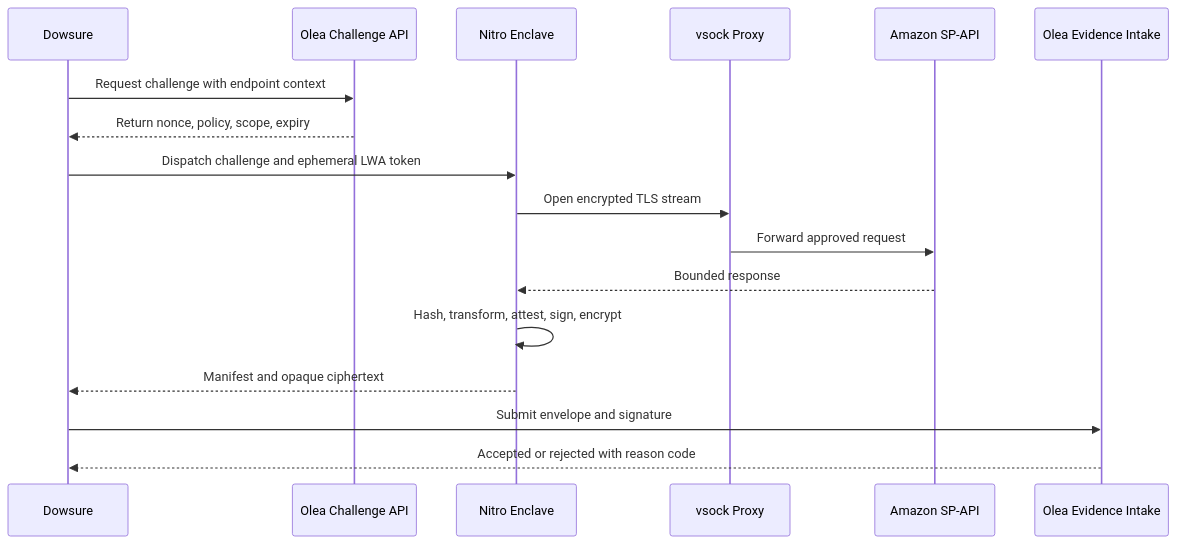
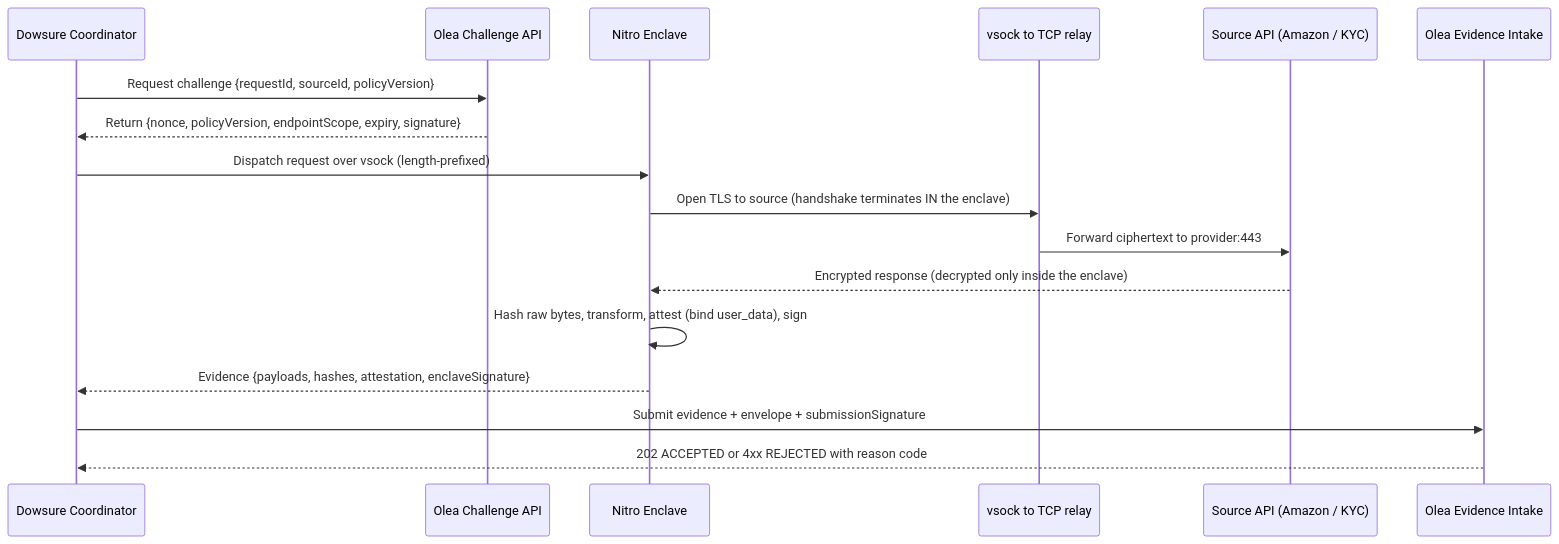
The second of 2 diagrams in dowsure-implementation-handoff.md (scvolea/olea-dowsure-oracle), drawn with Mermaid before and after one commit. The commit also changed other lines of this file and 30 other files, not shown here.

````diff
--- a/dowsure-implementation-handoff.md
+++ b/dowsure-implementation-handoff.md
@@ -121,20 +150,20 @@
 ```mermaid
 sequenceDiagram
-    participant D as Dowsure
+    participant D as Dowsure Coordinator
     participant O as Olea Challenge API
     participant E as Nitro Enclave
-    participant P as vsock Proxy
-    participant A as Amazon SP-API
+    participant P as vsock to TCP relay
+    participant A as Source API (Amazon / KYC)
     participant V as Olea Evidence Intake
 
-    D->>O: Request challenge with endpoint context
-    O-->>D: Return nonce, policy, scope, expiry
-    D->>E: Dispatch challenge and ephemeral LWA token
-    E->>P: Open encrypted TLS stream
-    P->>A: Forward approved request
-    A-->>E: Bounded response
-    E->>E: Hash, transform, attest, sign, encrypt
-    E-->>D: Manifest and opaque ciphertext
-    D->>V: Submit envelope and signature
-    V-->>D: Accepted or rejected with reason code
+    D->>O: Request challenge {requestId, sourceId, policyVersion}
+    O-->>D: Return {nonce, policyVersion, endpointScope, expiry, signature}
+    D->>E: Dispatch request over vsock (length-prefixed)
+    E->>P: Open TLS to source (handshake terminates IN the enclave)
+    P->>A: Forward ciphertext to provider:443
+    A-->>E: Encrypted response (decrypted only inside the enclave)
+    E->>E: Hash raw bytes, transform, attest (bind user_data), sign
+    E-->>D: Evidence {payloads, hashes, attestation, enclaveSignature}
+    D->>V: Submit evidence + envelope + submissionSignature
+    V-->>D: 202 ACCEPTED or 4xx REJECTED with reason code
 ```
````
